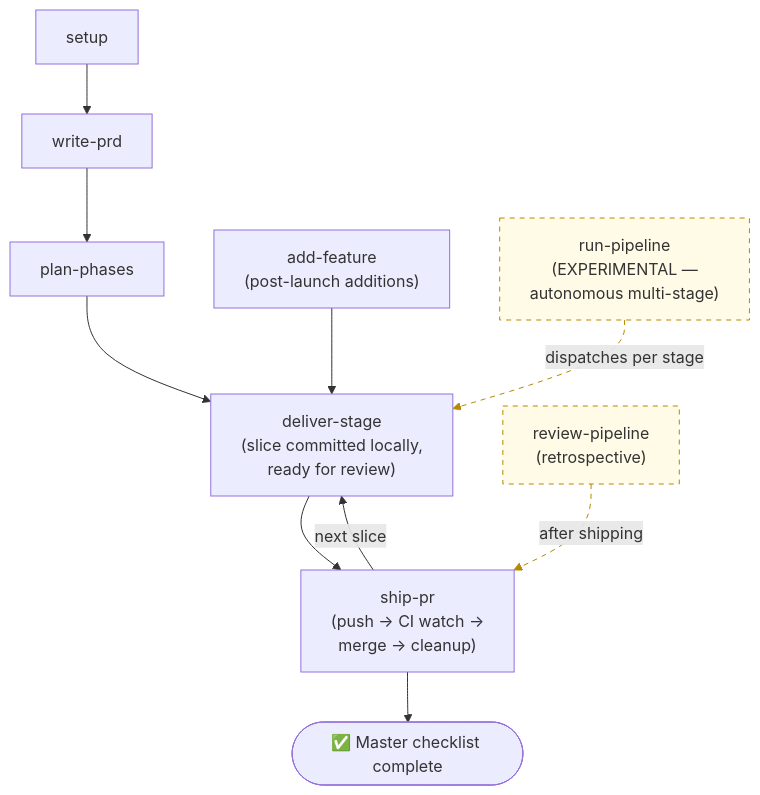
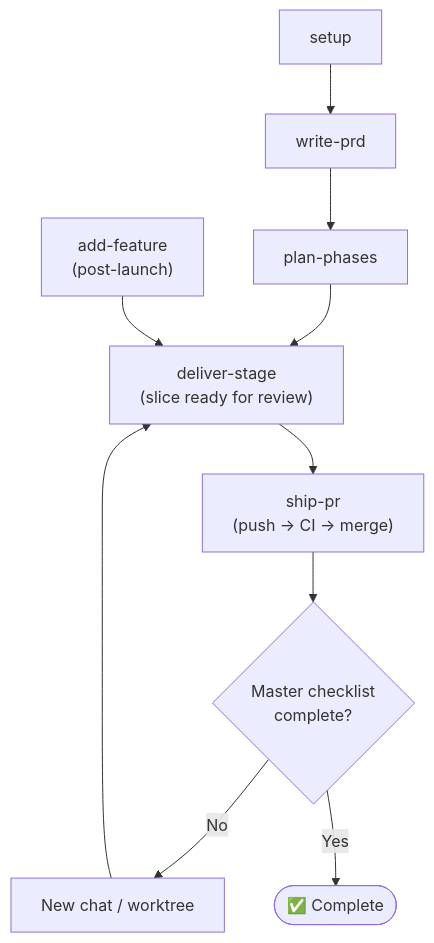
One commit to steve-piece/Stagecoach changed the diagram in README.md. Above: the diagram before and after it, drawn with Mermaid. The commit also changed other lines of this file, not shown here.

First line of the commit message:
docs: tighten README workflow + relocate experimental skills (#12)

````diff
--- a/README.md
+++ b/README.md
@@ -32,18 +32,12 @@
 ```mermaid
 flowchart TD
     Setup["setup"] --> PRD["write-prd"]
     PRD --> Phased["plan-phases"]
-    Phased --> Deliver["deliver-stage<br/>(slice committed locally,<br/>ready for review)"]
-    Add["add-feature<br/>(post-launch additions)"] --> Deliver
-
-    Deliver --> Ship["ship-pr<br/>(push → CI watch →<br/>merge → cleanup)"]
-    Ship -->|next slice| Deliver
-    Ship --> Done(["✅ Master checklist complete"])
-
-    Run["run-pipeline<br/>(EXPERIMENTAL —<br/>autonomous multi-stage)"] -.->|dispatches per stage| Deliver
-    Review["review-pipeline<br/>(retrospective)"] -.->|after shipping| Ship
-
-    classDef experimental stroke-dasharray:5 5,fill:#fffbe6,stroke:#b58900,color:#333
-    class Run,Review experimental
-    linkStyle 7,8 stroke:#b58900,stroke-dasharray:5 5
+    Phased --> Deliver["deliver-stage<br/>(slice ready for review)"]
+    Add["add-feature<br/>(post-launch)"] --> Deliver
+    Deliver --> Ship["ship-pr<br/>(push → CI → merge)"]
+    Ship --> Q{"Master checklist<br/>complete?"}
+    Q -->|No| NewChat["New chat / worktree"]
+    NewChat --> Deliver
+    Q -->|Yes| Done(["✅ Complete"])
 ```
````
